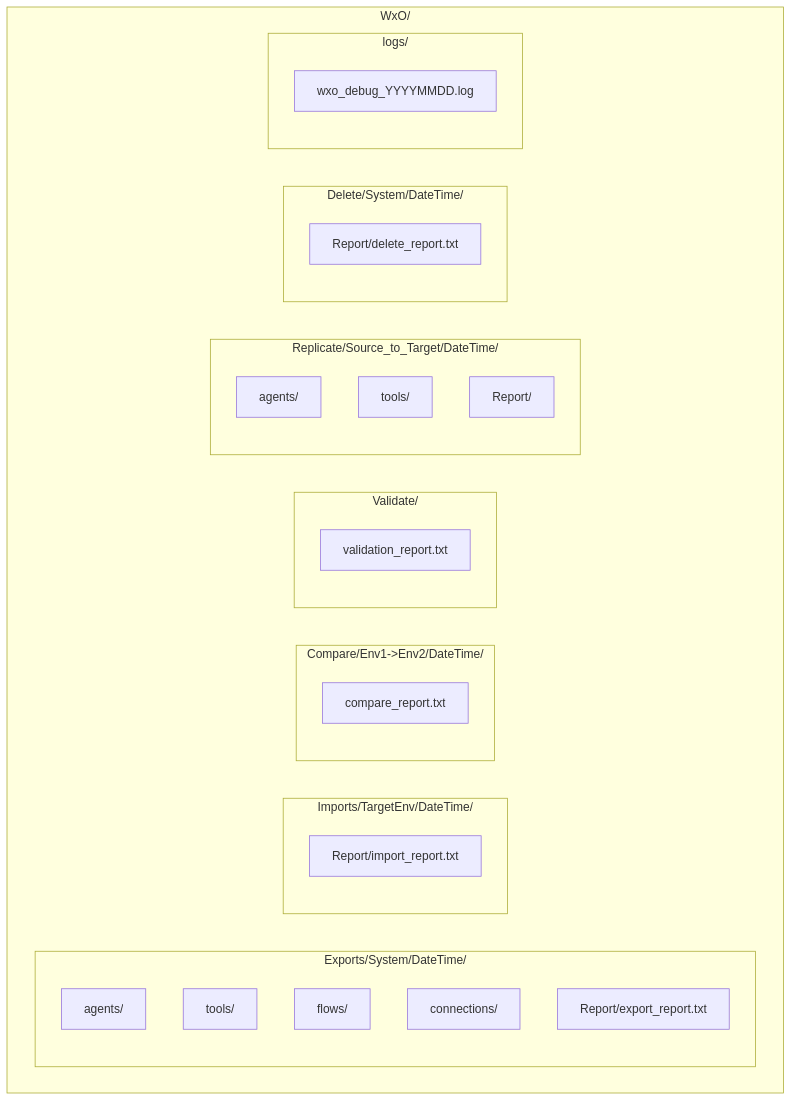
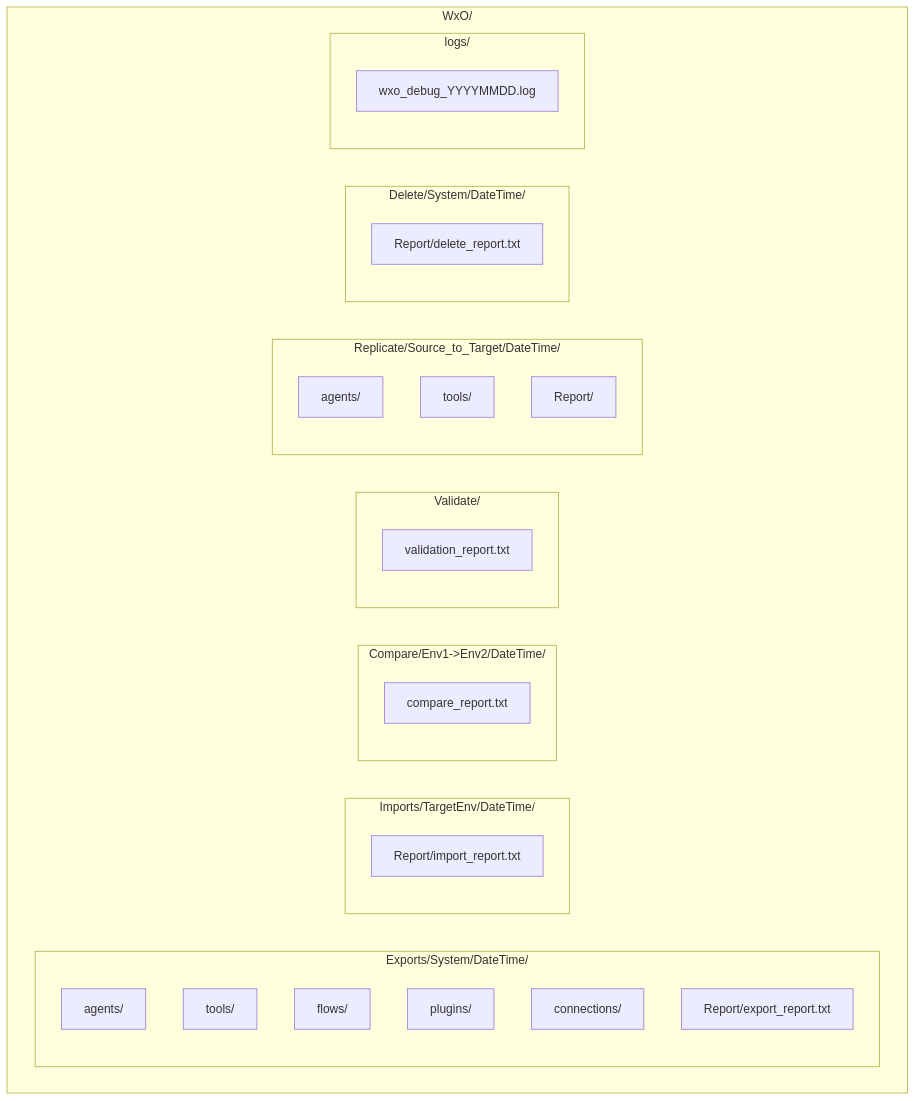
Before and after one commit to markusvankempen/WxO-Importer-Export-Comparer-Validator: the second of 3 diagrams in README.md, drawn with Mermaid. The commit also changed other lines of this file and 5 other files, not shown here.

````diff
--- a/README.md
+++ b/README.md
@@ -89,32 +96,33 @@
 ```mermaid
 flowchart TB
     subgraph WxO["WxO/"]
         subgraph Exports["Exports/System/DateTime/"]
             E1["agents/"]
             E2["tools/"]
             E3["flows/"]
-            E4["connections/"]
-            E5["Report/export_report.txt"]
+            E4["plugins/"]
+            E5["connections/"]
+            E6["Report/export_report.txt"]
         end
         subgraph Imports["Imports/TargetEnv/DateTime/"]
             I1["Report/import_report.txt"]
         end
         subgraph Compare["Compare/Env1->Env2/DateTime/"]
             C1["compare_report.txt"]
         end
         subgraph Validate["Validate/"]
             V1["validation_report.txt"]
         end
         subgraph Replicate["Replicate/Source_to_Target/DateTime/"]
             R1["agents/"]
             R2["tools/"]
             R3["Report/"]
         end
         subgraph Delete["Delete/System/DateTime/"]
             D1["Report/delete_report.txt"]
         end
         subgraph Logs["logs/"]
             L1["wxo_debug_YYYYMMDD.log"]
         end
     end
 ```
````
